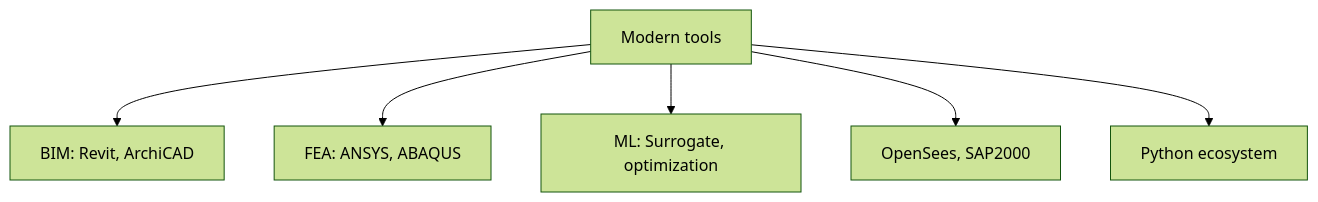
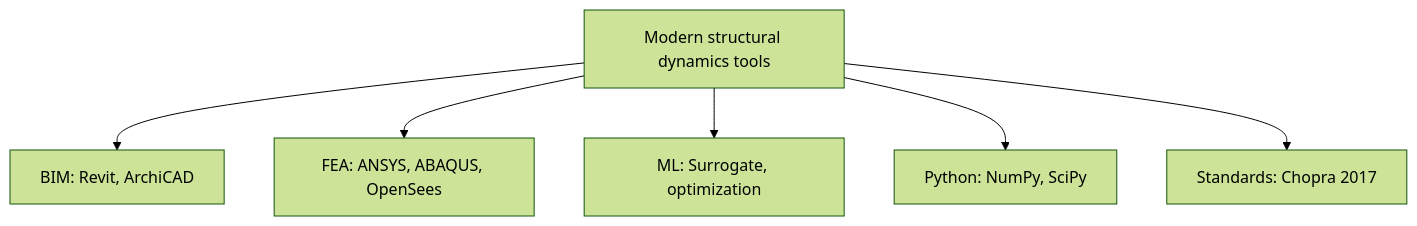
Before and after one commit to yip-lgtm/civil-bootcamp: the sixth of 6 diagrams in MIT_CEE_MEng_SMD/20_1.834_Exploring_Sustainability_at_Different_Scales.md, drawn with Mermaid (forest theme). The commit also changed other lines of this file and 56 other files, not shown here.

````diff
--- a/MIT_CEE_MEng_SMD/20_1.834_Exploring_Sustainability_at_Different_Scales.md
+++ b/MIT_CEE_MEng_SMD/20_1.834_Exploring_Sustainability_at_Different_Scales.md
@@ -562,8 +501,8 @@
 ```mermaid
 graph TD
-    A[Modern tools] --> B[BIM: Revit, ArchiCAD]
-    A --> C[FEA: ANSYS, ABAQUS]
+    A[Modern structural dynamics tools] --> B[BIM: Revit, ArchiCAD]
+    A --> C[FEA: ANSYS, ABAQUS, OpenSees]
     A --> D[ML: Surrogate, optimization]
-    A --> E[OpenSees, SAP2000]
-    A --> F[Python ecosystem]
+    A --> E[Python: NumPy, SciPy]
+    A --> F[Standards: Chopra 2017]
 ```
````
